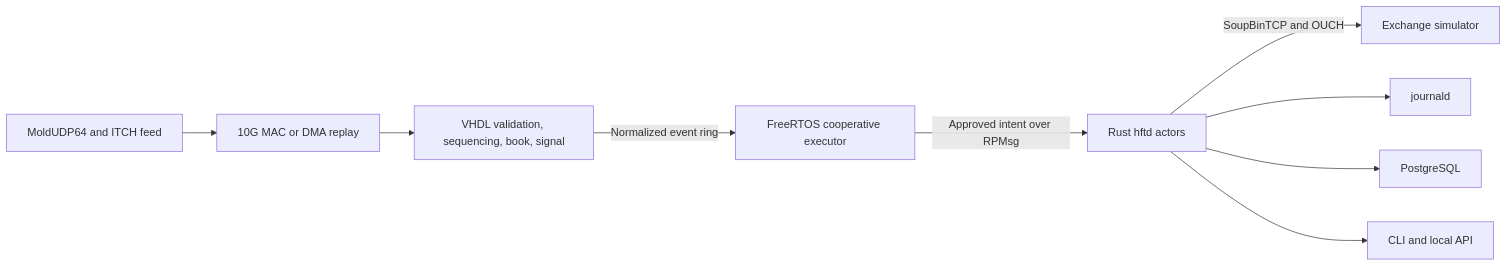
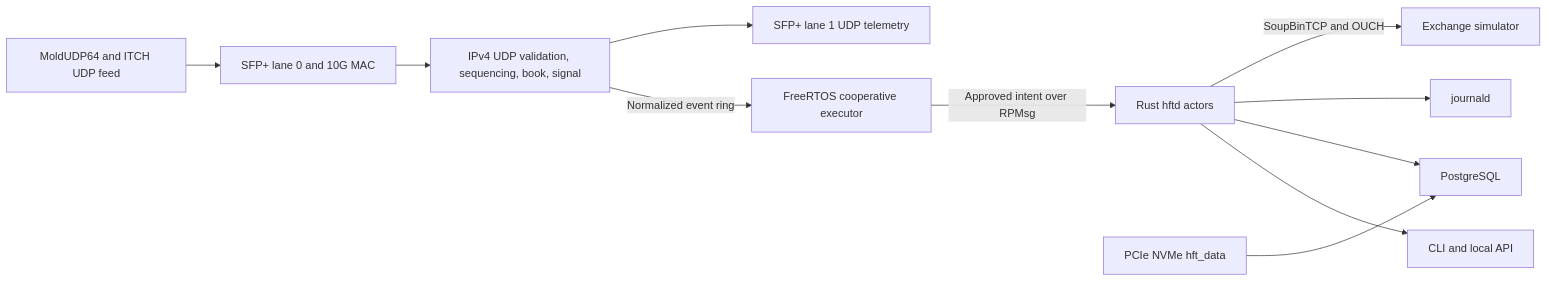
One commit to ps-chong/hft-toy-project changed the diagram in docs/architecture/overview.md. Above: the diagram before and after it, drawn with Mermaid. The commit also changed other lines of this file and 37 other files, not shown here.

````diff
--- a/docs/architecture/overview.md
+++ b/docs/architecture/overview.md
@@ -11,11 +11,13 @@
 ```mermaid
 flowchart LR
-    Feed["MoldUDP64 and ITCH feed"] --> Mac["10G MAC or DMA replay"]
-    Mac --> PL["VHDL validation, sequencing, book, signal"]
+    Feed["MoldUDP64 and ITCH UDP feed"] --> Rx["SFP+ lane 0 and 10G MAC"]
+    Rx --> PL["IPv4 UDP validation, sequencing, book, signal"]
+    PL --> Tx["SFP+ lane 1 UDP telemetry"]
     PL -->|Normalized event ring| R5["FreeRTOS cooperative executor"]
     R5 -->|Approved intent over RPMsg| A53["Rust hftd actors"]
     A53 -->|SoupBinTCP and OUCH| Exchange["Exchange simulator"]
     A53 --> Journal["journald"]
-    A53 --> Postgres["PostgreSQL"]
+    Nvme["PCIe NVMe hft_data"] --> Postgres["PostgreSQL"]
+    A53 --> Postgres
     A53 --> Api["CLI and local API"]
 ```
````
